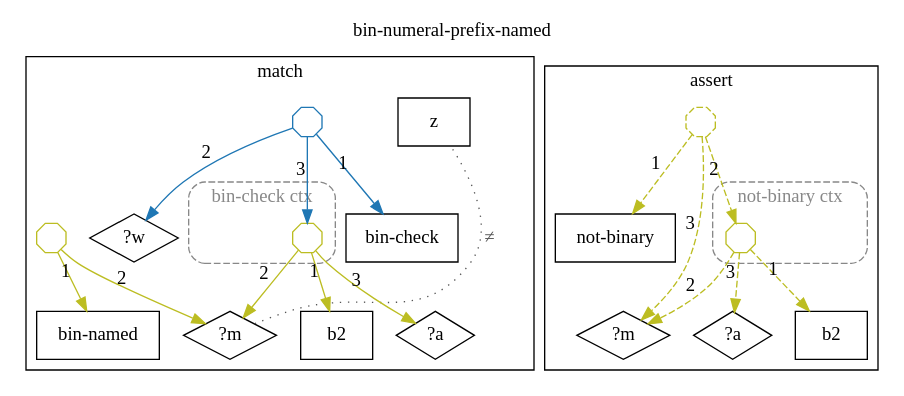
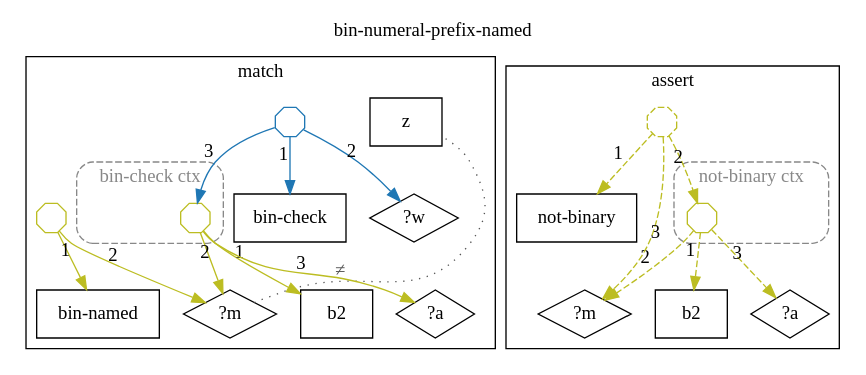
Before and after one commit to agutikov/ein: the diagram in docs/ein/user/04-reference/04-stdlib/diagrams/15-std.math.binary.bin-numeral-prefix-named.dot, drawn with Graphviz. The commit also changed 102 other files, not shown here.

```diff
--- a/docs/ein/user/04-reference/04-stdlib/diagrams/15-std.math.binary.bin-numeral-prefix-named.dot
+++ b/docs/ein/user/04-reference/04-stdlib/diagrams/15-std.math.binary.bin-numeral-prefix-named.dot
@@ -1,45 +1,45 @@
 digraph rule_bin_numeral_prefix_named_lhs_rhs {
   rankdir=TB;
   label="bin-numeral-prefix-named"; labelloc=t;
   subgraph cluster_lhs { label="match";
     "bin-check_L" [label="bin-check", shape=box];
     "?w_L" [label="?w", shape=diamond];
     "b2_L" [label="b2", shape=box];
     "?m_L" [label="?m", shape=diamond];
     "?a_L" [label="?a", shape=diamond];
     "z_L" [label="z", shape=box];
     "bin-named_L" [label="bin-named", shape=box];
     subgraph cluster_ctx_L_0 {
       label="bin-check ctx"; style="dashed,rounded"; color="#888888"; fontcolor="#888888";
       "(b2 ?m ?a)_L" [shape=octagon, label="", width=0.3, height=0.3, fixedsize=true, color="#bcbd22"];
     }
     "h1_bin-check_L" [shape=octagon, label="", width=0.3, height=0.3, fixedsize=true, color="#1f77b4"];
     "h1_bin-check_L" -> "bin-check_L" [xlabel="1", color="#1f77b4"];
     "h1_bin-check_L" -> "?w_L" [xlabel="2", color="#1f77b4"];
     "h1_bin-check_L" -> "(b2 ?m ?a)_L" [xlabel="3", color="#1f77b4"];
-    "?m_L" -> "z_L" [label="≠", dir=none, style=dotted, color="#555555", fontcolor="#555555", constraint=false];
+    "?m_L" -> "z_L" [xlabel="≠", dir=none, style=dotted, color="#555555", fontcolor="#555555", constraint=false];
     "h2_bin-named_L" [shape=octagon, label="", width=0.3, height=0.3, fixedsize=true, color="#bcbd22"];
     "h2_bin-named_L" -> "bin-named_L" [xlabel="1", color="#bcbd22"];
     "h2_bin-named_L" -> "?m_L" [xlabel="2", color="#bcbd22"];
     "(b2 ?m ?a)_L" -> "b2_L" [xlabel="1", color="#bcbd22"];
     "(b2 ?m ?a)_L" -> "?m_L" [xlabel="2", color="#bcbd22"];
     "(b2 ?m ?a)_L" -> "?a_L" [xlabel="3", color="#bcbd22"];
   }
   subgraph cluster_rhs { label="assert";
     "not-binary_R" [label="not-binary", shape=box];
     "b2_R" [label="b2", shape=box];
     "?m_R" [label="?m", shape=diamond];
     "?a_R" [label="?a", shape=diamond];
     subgraph cluster_ctx_R_0 {
       label="not-binary ctx"; style="dashed,rounded"; color="#888888"; fontcolor="#888888";
       "(b2 ?m ?a)_R" [shape=octagon, label="", width=0.3, height=0.3, fixedsize=true, color="#bcbd22"];
     }
     "h3_not-binary_R" [shape=octagon, label="", width=0.3, height=0.3, fixedsize=true, color="#bcbd22", style=dashed];
     "h3_not-binary_R" -> "not-binary_R" [xlabel="1", color="#bcbd22", style=dashed];
     "h3_not-binary_R" -> "(b2 ?m ?a)_R" [xlabel="2", color="#bcbd22", style=dashed];
     "h3_not-binary_R" -> "?m_R" [xlabel="3", color="#bcbd22", style=dashed];
     "(b2 ?m ?a)_R" -> "b2_R" [xlabel="1", color="#bcbd22", style=dashed];
     "(b2 ?m ?a)_R" -> "?m_R" [xlabel="2", color="#bcbd22", style=dashed];
     "(b2 ?m ?a)_R" -> "?a_R" [xlabel="3", color="#bcbd22", style=dashed];
   }
 }
```
